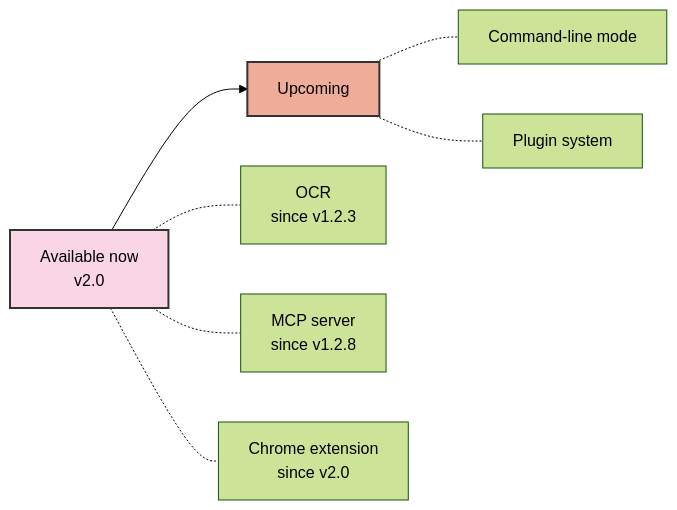
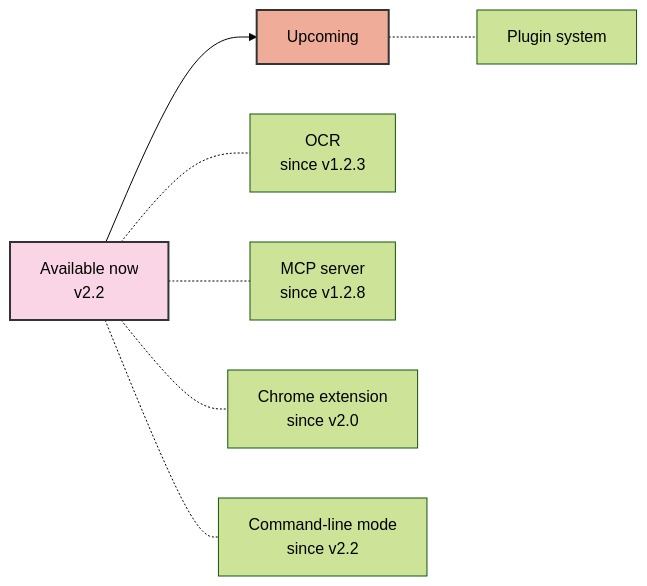
One commit to CrossPaste/crosspaste-desktop changed the diagram in doc/en/Roadmap.md. Above: the diagram before and after it, drawn with Mermaid (forest theme). The commit also changed other lines of this file and 3 other files, not shown here.

Commit message:
:memo: mark command-line mode as shipped in roadmap (#4907)

````diff
--- a/doc/en/Roadmap.md
+++ b/doc/en/Roadmap.md
@@ -5,16 +5,16 @@
 ```mermaid
 graph LR
-    B[Available now<br/>v2.0] --> U[Upcoming]
+    B[Available now<br/>v2.2] --> U[Upcoming]
 
     B -.- B1[OCR<br/>since v1.2.3]
     B -.- B2[MCP server<br/>since v1.2.8]
     B -.- B3[Chrome extension<br/>since v2.0]
+    B -.- B4[Command-line mode<br/>since v2.2]
 
-    U -.- U1[Command-line mode]
-    U -.- U2[Plugin system]
+    U -.- U1[Plugin system]
 
     classDef current fill:#f9d5e5,stroke:#333,stroke-width:2px
     classDef upcoming fill:#eeac99,stroke:#333,stroke-width:2px
     class B current
     class U upcoming
 ```
````
